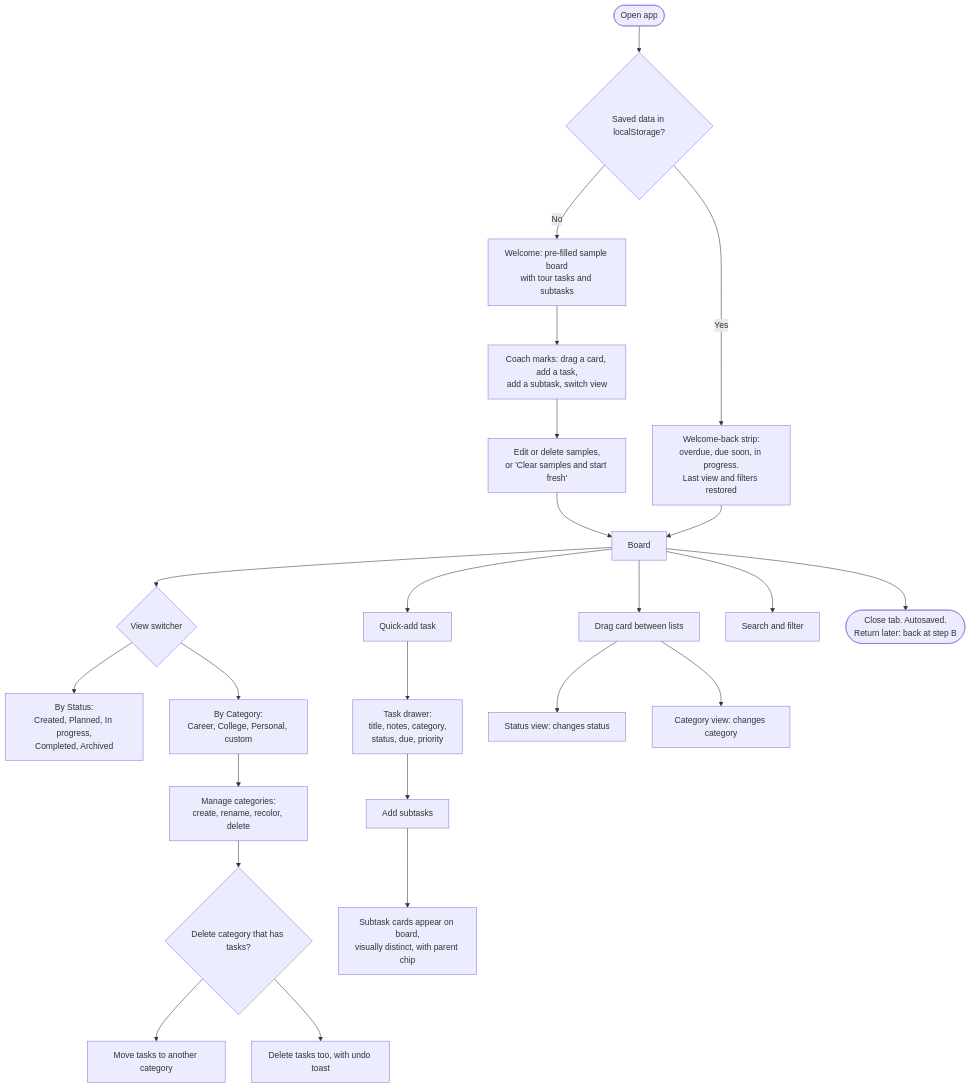
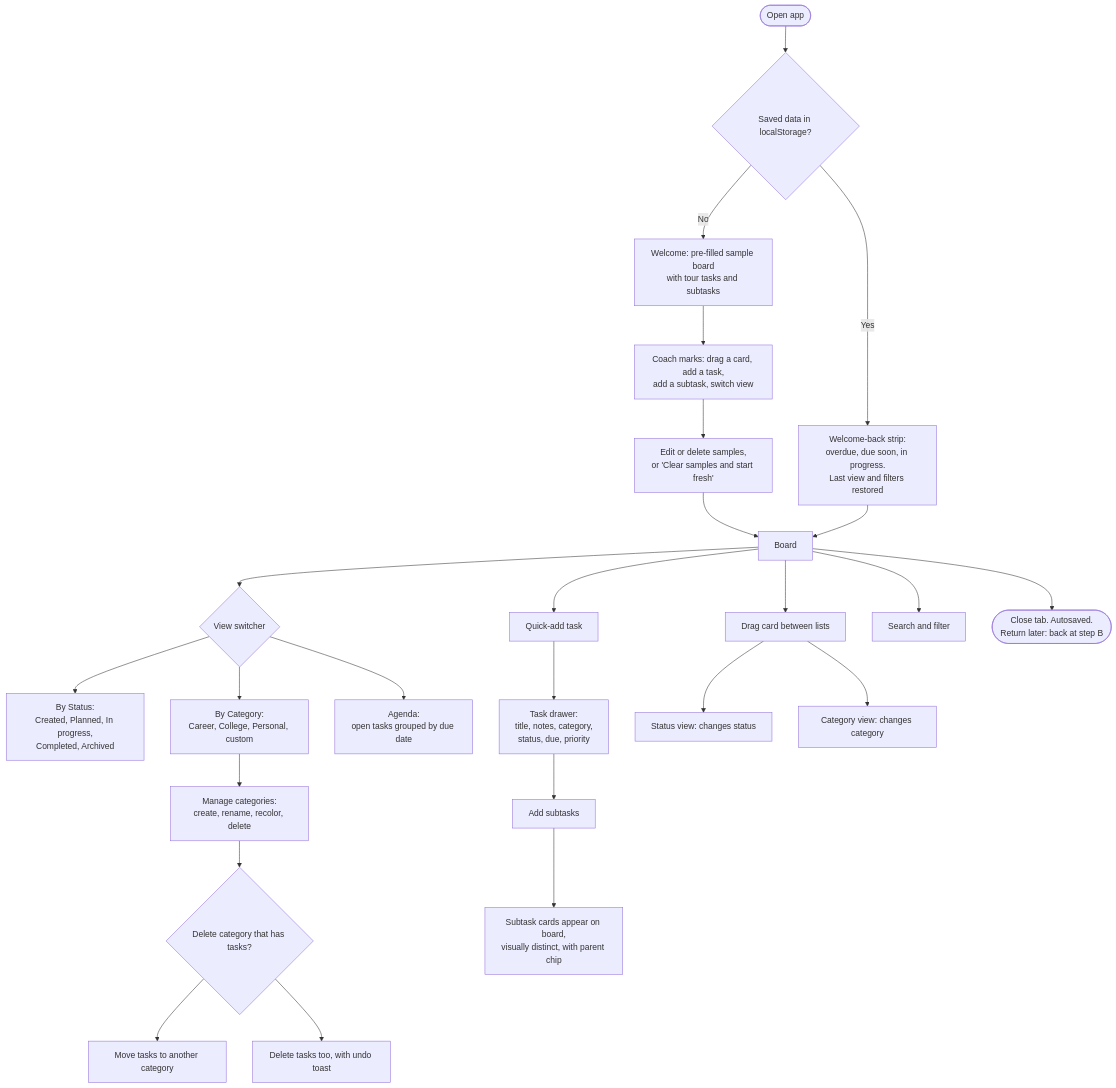
Before and after one commit to Ka1eidosc0pe/kanban-todo: the first of 3 diagrams in README.md, drawn with Mermaid. The commit also changed other lines of this file and 2 other files, not shown here.

````diff
--- a/README.md
+++ b/README.md
@@ -37,31 +43,32 @@
 ```mermaid
 flowchart TD
     A([Open app]) --> B{Saved data in localStorage?}
     B -- No --> C[Welcome: pre-filled sample board<br/>with tour tasks and subtasks]
     C --> D[Coach marks: drag a card, add a task,<br/>add a subtask, switch view]
     D --> E[Edit or delete samples,<br/>or 'Clear samples and start fresh']
     B -- Yes --> F[Welcome-back strip:<br/>overdue, due soon, in progress.<br/>Last view and filters restored]
     E --> G
     F --> G[Board]
 
     G --> V{View switcher}
     V --> V1[By Status:<br/>Created, Planned, In progress,<br/>Completed, Archived]
     V --> V2[By Category:<br/>Career, College, Personal, custom]
+    V --> V3[Agenda:<br/>open tasks grouped by due date]
 
     G --> T1[Quick-add task]
     T1 --> T2[Task drawer:<br/>title, notes, category,<br/>status, due, priority]
     T2 --> T3[Add subtasks]
     T3 --> T4[Subtask cards appear on board,<br/>visually distinct, with parent chip]
 
     G --> M[Drag card between lists]
     M --> M1[Status view: changes status]
     M --> M2[Category view: changes category]
 
     V2 --> CG[Manage categories:<br/>create, rename, recolor, delete]
     CG --> CD{Delete category that has tasks?}
     CD --> CD1[Move tasks to another category]
     CD --> CD2[Delete tasks too, with undo toast]
 
     G --> S[Search and filter]
     G --> R([Close tab. Autosaved.<br/>Return later: back at step B])
 ```
````
